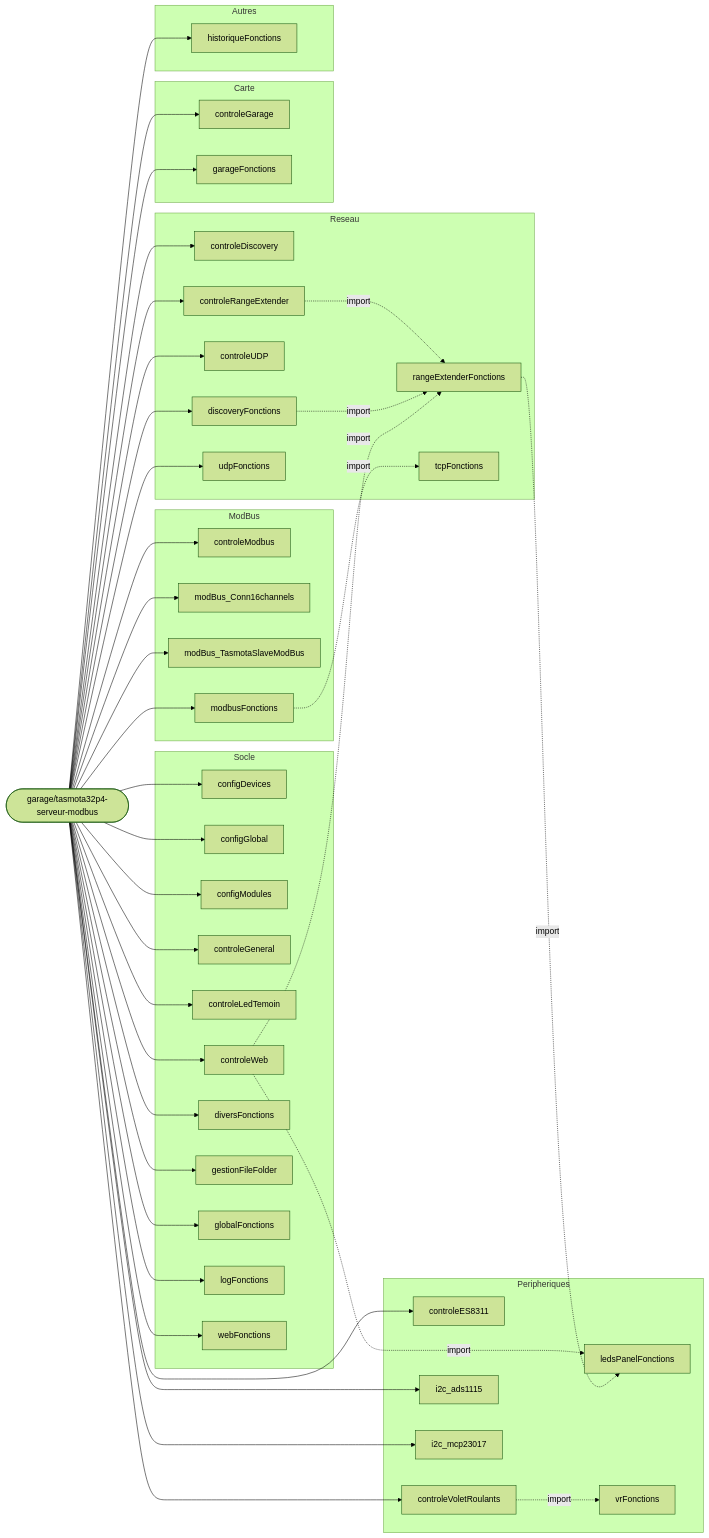
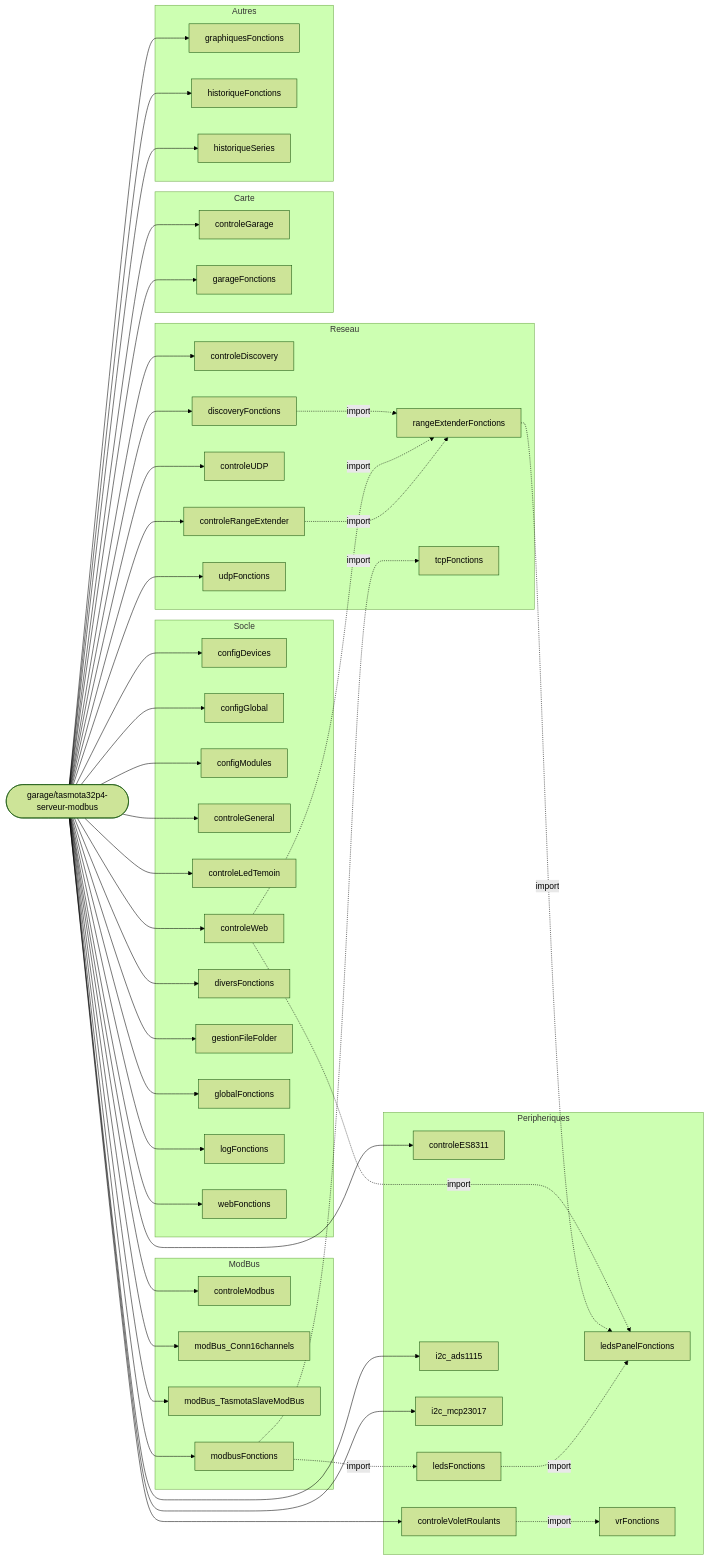
Before and after one commit to fdaubercy/Tasmota: the fifth of 8 diagrams in outils_docs/CARTE_MODULES_BERRY.md, drawn with Mermaid (forest theme). The commit also changed other lines of this file and 1 other file, not shown here.

First line of the commit message:
docs(solidification): pieges 12 et 13, carte des modules regeneree

````diff
--- a/outils_docs/CARTE_MODULES_BERRY.md
+++ b/outils_docs/CARTE_MODULES_BERRY.md
@@ -429,6 +436,7 @@
         m_controleVoletRoulants["controleVoletRoulants"]
         m_i2c_ads1115["i2c_ads1115"]
         m_i2c_mcp23017["i2c_mcp23017"]
+        m_ledsFonctions["ledsFonctions"]
         m_ledsPanelFonctions["ledsPanelFonctions"]
         m_vrFonctions["vrFonctions"]
     end
@@ -437,7 +445,9 @@
         m_garageFonctions["garageFonctions"]
     end
     subgraph g_Autres["Autres"]
+        m_graphiquesFonctions["graphiquesFonctions"]
         m_historiqueFonctions["historiqueFonctions"]
+        m_historiqueSeries["historiqueSeries"]
     end
     CARTE --> m_configDevices
     CARTE --> m_configGlobal
@@ -454,8 +464,8 @@
     CARTE --> m_controleRangeExtender
     CARTE --> m_controleUDP
     CARTE --> m_discoveryFonctions
+    m_discoveryFonctions -.->|import| m_rangeExtenderFonctions
     m_controleWeb -.->|import| m_rangeExtenderFonctions
-    m_discoveryFonctions -.->|import| m_rangeExtenderFonctions
     m_controleRangeExtender -.->|import| m_rangeExtenderFonctions
     m_modbusFonctions -.->|import| m_tcpFonctions
     CARTE --> m_udpFonctions
@@ -467,10 +477,14 @@
     CARTE --> m_controleVoletRoulants
     CARTE --> m_i2c_ads1115
     CARTE --> m_i2c_mcp23017
+    m_modbusFonctions -.->|import| m_ledsFonctions
+    m_controleWeb -.->|import| m_ledsPanelFonctions
     m_rangeExtenderFonctions -.->|import| m_ledsPanelFonctions
-    m_controleWeb -.->|import| m_ledsPanelFonctions
+    m_ledsFonctions -.->|import| m_ledsPanelFonctions
     m_controleVoletRoulants -.->|import| m_vrFonctions
     CARTE --> m_controleGarage
     CARTE --> m_garageFonctions
+    CARTE --> m_graphiquesFonctions
     CARTE --> m_historiqueFonctions
+    CARTE --> m_historiqueSeries
 ```
````
